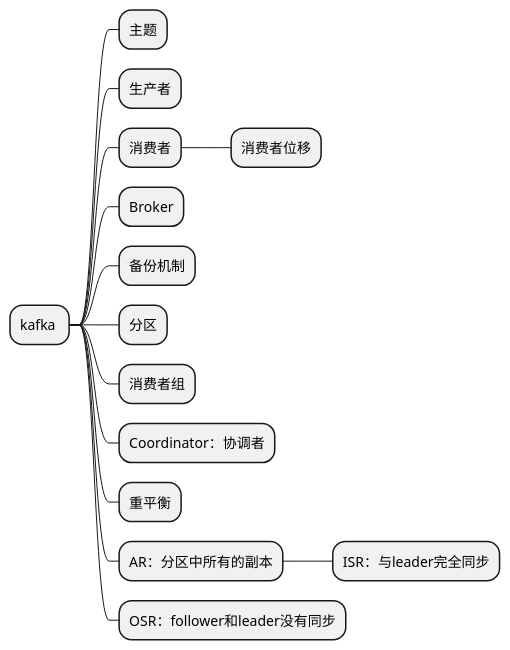
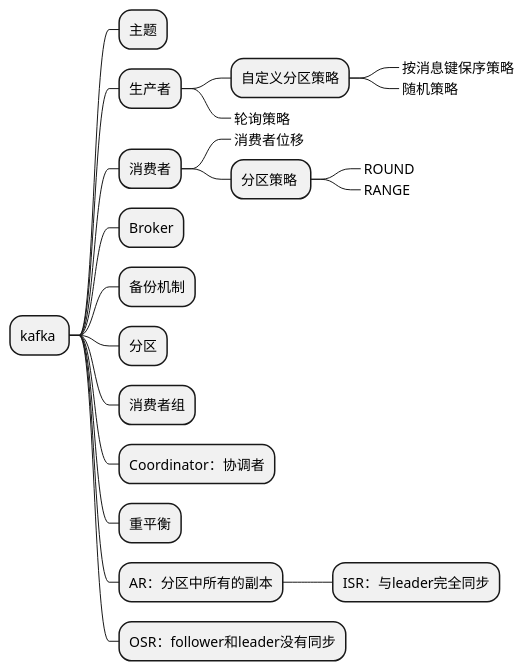
Before and after one commit to chinazzl/myNote: the first of 4 diagrams in 中间件/kafka/kafka_base.plantuml, drawn with PlantUML. The commit also changed other lines of this file, not shown here.

```diff
--- a/中间件/kafka/kafka_base.plantuml
+++ b/中间件/kafka/kafka_base.plantuml
@@ -2,16 +2,23 @@
-@startmindmap
+@startmindmap "kafka概述"
 * kafka 
   ** 主题
   ** 生产者
+    *** 自定义分区策略
+      ****_ 按消息键保序策略
+      ****_ 随机策略
+    ***_ 轮询策略
   ** 消费者
-    *** 消费者位移
+    ***_ 消费者位移
+    *** 分区策略 
+      ****_ ROUND
+      ****_ RANGE
   ** Broker
   ** 备份机制
   ** 分区
   ** 消费者组
   ** Coordinator：协调者
   ** 重平衡
   ** AR：分区中所有的副本
     *** ISR：与leader完全同步
   ** OSR：follower和leader没有同步
 @endmindmap
```
